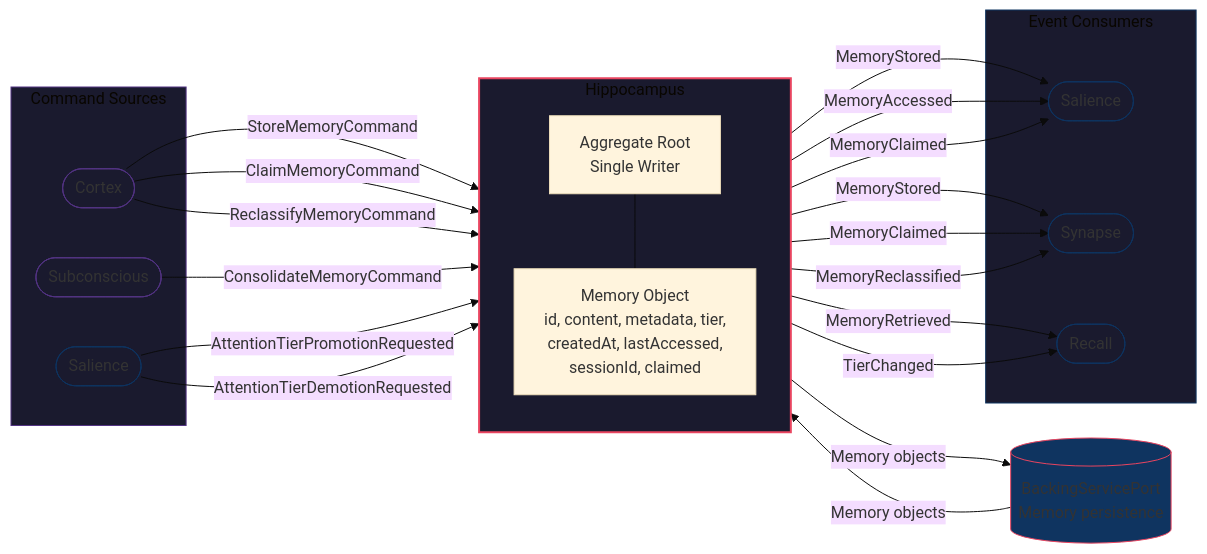
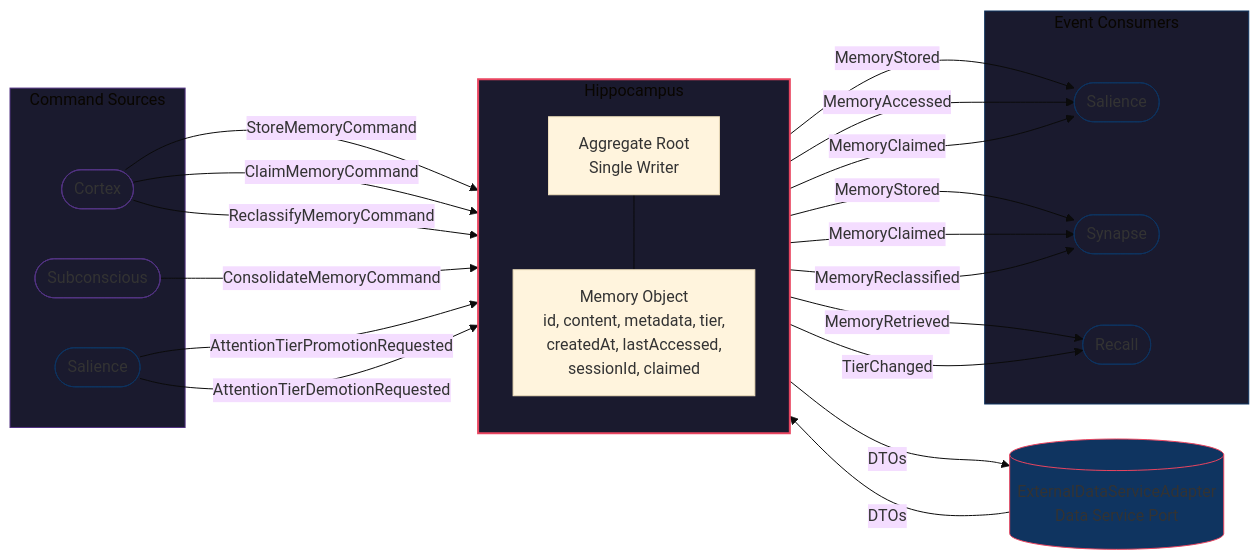
One commit to Mimis-Gildi/mcp-total-recall changed the diagram in site/_includes/diagrams/hp-0001-hippocampus.mmd. Above: the diagram before and after it, drawn with Mermaid (base theme). The commit also changed 1 other file, not shown here.

Commit message:
Completed diagrams changes.

```diff
--- a/site/_includes/diagrams/hp-0001-hippocampus.mmd
+++ b/site/_includes/diagrams/hp-0001-hippocampus.mmd
@@ -1,51 +1,51 @@
 graph LR
     subgraph Sources ["Command Sources"]
         CX(["Cortex"])
         SB(["Subconscious"])
         SL_IN(["Salience"])
     end
 
     subgraph HP ["Hippocampus"]
         direction TB
         ROOT["Aggregate Root<br/>Single Writer"]
         MEM["Memory Object<br/>id, content, metadata, tier,<br/>createdAt, lastAccessed,<br/>sessionId, claimed"]
         ROOT --- MEM
     end
 
     subgraph Consumers ["Event Consumers"]
         SL_OUT(["Salience"])
         SY(["Synapse"])
         RC(["Recall"])
     end
 
-    BSP[("BackingServicePort<br/>Memory persistence")]
+    BSP[("ExternalDataServiceAdapter<br/>Data Service Port")]
 
     CX -- "StoreMemoryCommand" --> HP
     CX -- "ClaimMemoryCommand" --> HP
     CX -- "ReclassifyMemoryCommand" --> HP
     SB -- "ConsolidateMemoryCommand" --> HP
     SL_IN -- "AttentionTierPromotionRequested" --> HP
     SL_IN -- "AttentionTierDemotionRequested" --> HP
 
     HP -- "MemoryStored" --> SL_OUT
     HP -- "MemoryAccessed" --> SL_OUT
     HP -- "MemoryClaimed" --> SL_OUT
     HP -- "MemoryStored" --> SY
     HP -- "MemoryClaimed" --> SY
     HP -- "MemoryReclassified" --> SY
     HP -- "MemoryRetrieved" --> RC
     HP -- "TierChanged" --> RC
 
-    HP -- "Memory objects" --> BSP
-    BSP -- "Memory objects" --> HP
+    HP -- "DTOs" --> BSP
+    BSP -- "DTOs" --> HP
 
     style Sources fill:#1a1a2e,stroke:#533483,stroke-width:1px
     style HP fill:#1a1a2e,stroke:#e94560,stroke-width:2px
     style Consumers fill:#1a1a2e,stroke:#0f3460,stroke-width:1px
     style BSP fill:#0f3460,stroke:#e94560,stroke-width:1px
     style CX fill:#1a1a2e,stroke:#533483,stroke-width:1px
     style SB fill:#1a1a2e,stroke:#533483,stroke-width:1px
     style SL_IN fill:#1a1a2e,stroke:#0f3460,stroke-width:1px
     style SL_OUT fill:#1a1a2e,stroke:#0f3460,stroke-width:1px
     style SY fill:#1a1a2e,stroke:#0f3460,stroke-width:1px
     style RC fill:#1a1a2e,stroke:#0f3460,stroke-width:1px
```
